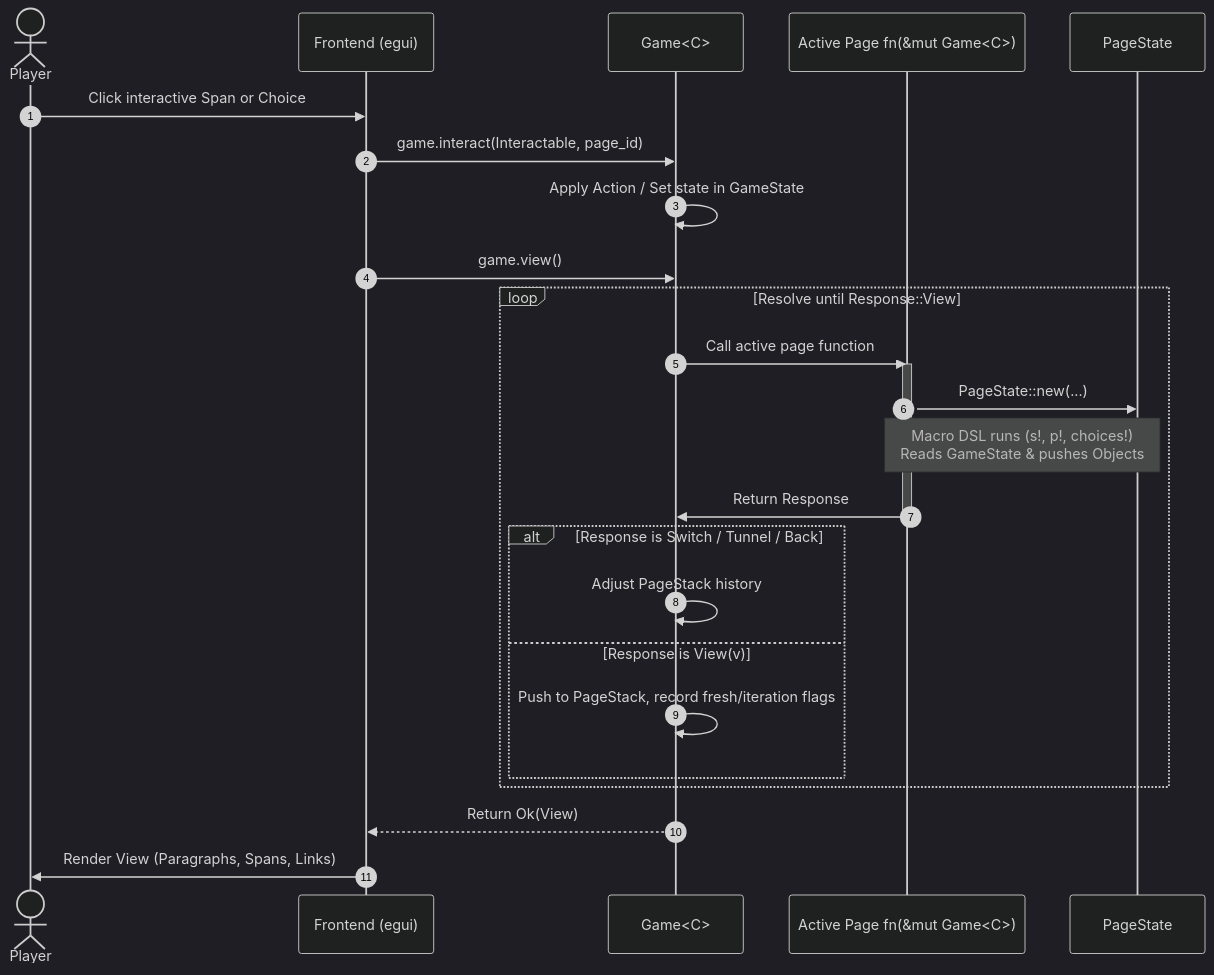
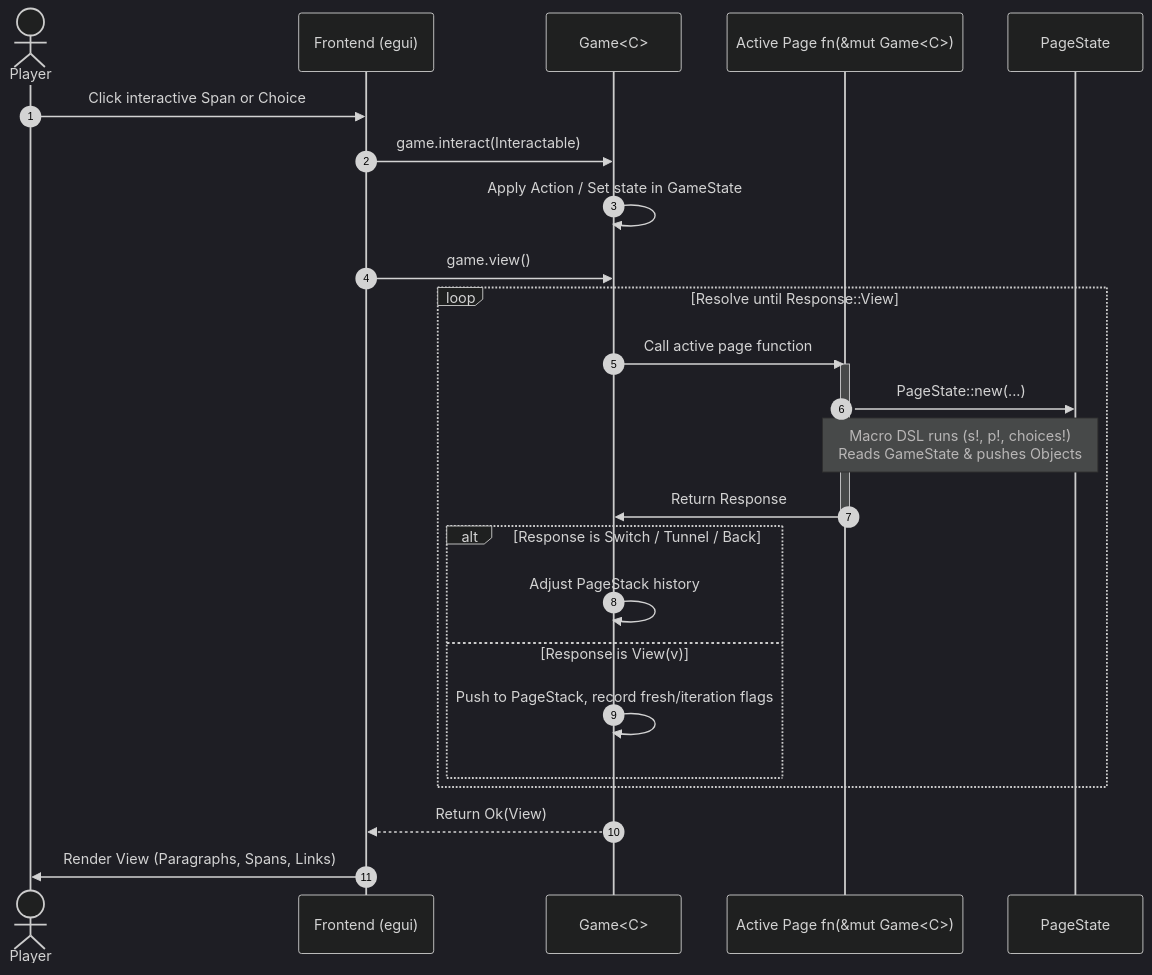
The second of 4 diagrams in ARCHITECTURE.md (Squirreljetpack/ifengine), drawn with Mermaid (dark theme) before and after one commit. The commit also changed other lines of this file and 14 other files, not shown here.

````diff
--- a/ARCHITECTURE.md
+++ b/ARCHITECTURE.md
@@ -52,29 +52,29 @@
 ```mermaid
 sequenceDiagram
     autonumber
     actor Player
     participant Frontend as Frontend (egui)
     participant Game as Game<C>
     participant Page as Active Page fn(&mut Game<C>)
     participant PageState as PageState
 
     Player->>Frontend: Click interactive Span or Choice
-    Frontend->>Game: game.interact(Interactable, page_id)
+    Frontend->>Game: game.interact(Interactable)
     Game->>Game: Apply Action / Set state in GameState
     Frontend->>Game: game.view()
     loop Resolve until Response::View
         Game->>Page: Call active page function
         activate Page
         Page->>PageState: PageState::new(...)
         Note over Page,PageState: Macro DSL runs (s!, p!, choices!)<br/>Reads GameState & pushes Objects
         Page->>Game: Return Response
         deactivate Page
         alt Response is Switch / Tunnel / Back
             Game->>Game: Adjust PageStack history
         else Response is View(v)
             Game->>Game: Push to PageStack, record fresh/iteration flags
         end
     end
     Game-->>Frontend: Return Ok(View)
     Frontend->>Player: Render View (Paragraphs, Spans, Links)
 ```
````
